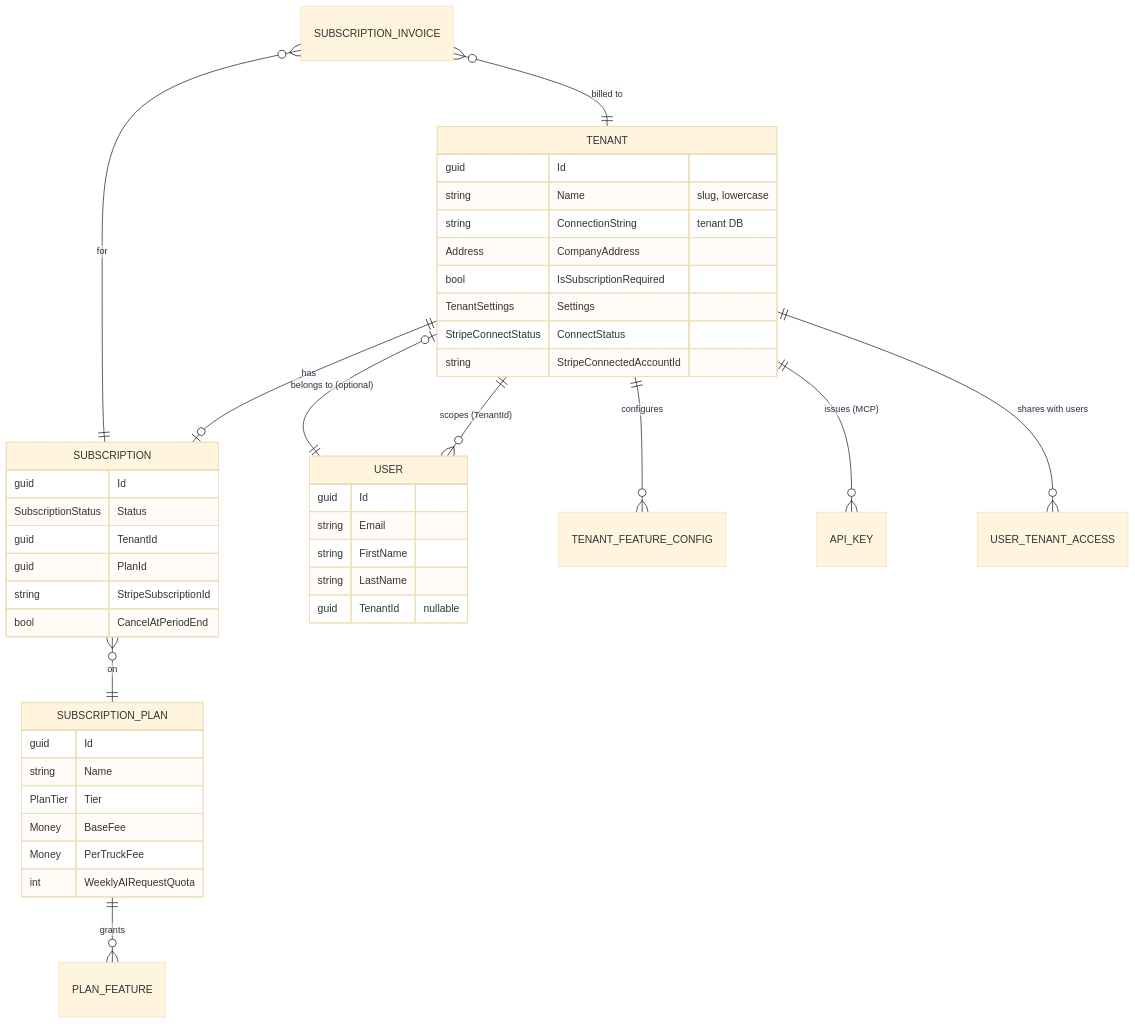
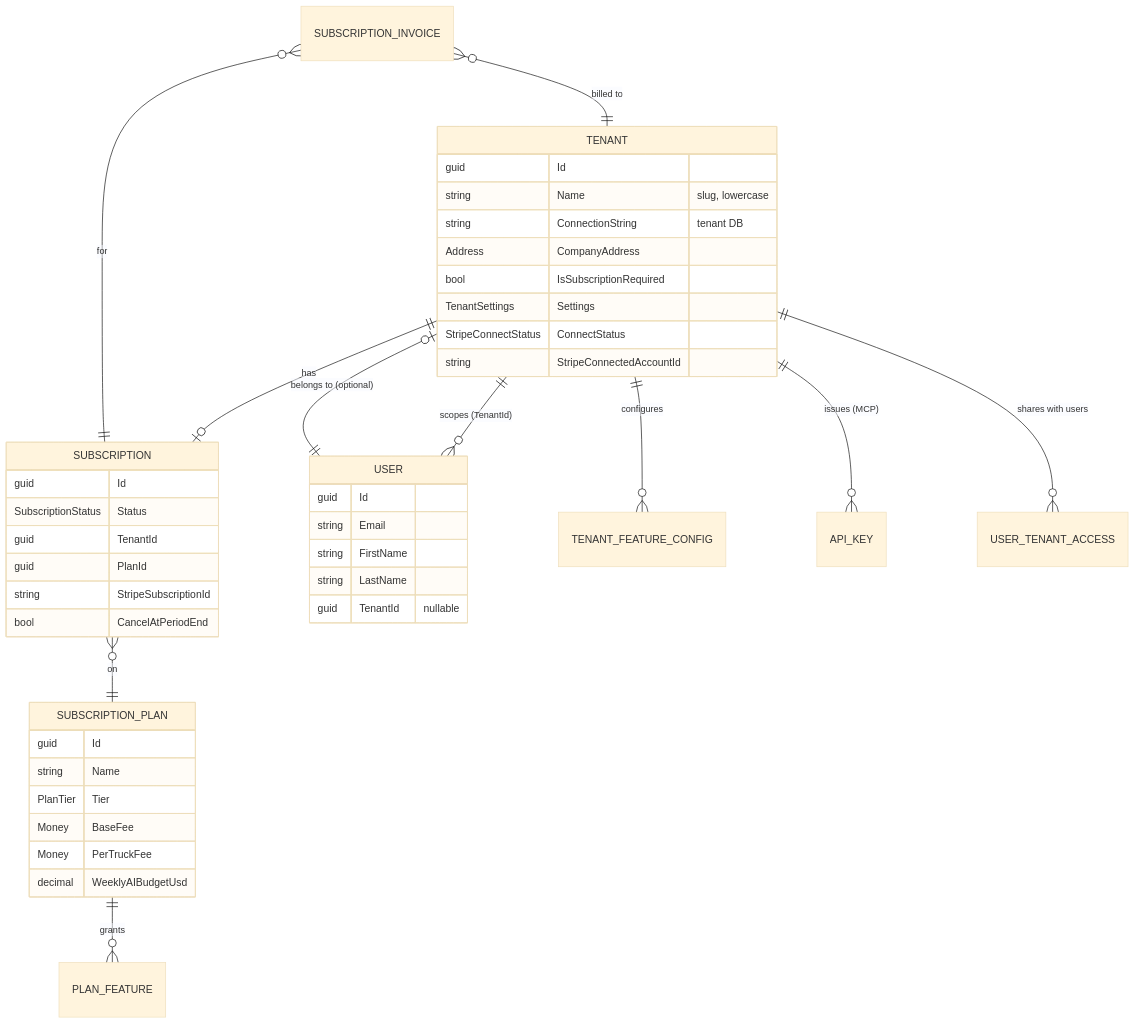
The second of 10 diagrams in docs/architecture/domain-model.md (suxrobGM/logistics-app), drawn with Mermaid (base theme) before and after one commit. The commit also changed other lines of this file and 9 other files, not shown here.

````diff
--- a/docs/architecture/domain-model.md
+++ b/docs/architecture/domain-model.md
@@ -55,50 +55,50 @@
 ```mermaid
 erDiagram
     TENANT ||--o| SUBSCRIPTION : has
     TENANT ||--o{ USER : "scopes (TenantId)"
     TENANT ||--o{ TENANT_FEATURE_CONFIG : configures
     TENANT ||--o{ API_KEY : "issues (MCP)"
     TENANT ||--o{ USER_TENANT_ACCESS : "shares with users"
 
     SUBSCRIPTION }o--|| SUBSCRIPTION_PLAN : on
     SUBSCRIPTION_PLAN ||--o{ PLAN_FEATURE : grants
 
     USER ||--o| TENANT : "belongs to (optional)"
 
     SUBSCRIPTION_INVOICE }o--|| TENANT : "billed to"
     SUBSCRIPTION_INVOICE }o--|| SUBSCRIPTION : "for"
 
     TENANT {
         guid Id
         string Name "slug, lowercase"
         string ConnectionString "tenant DB"
         Address CompanyAddress
         bool IsSubscriptionRequired
         TenantSettings Settings
         StripeConnectStatus ConnectStatus
         string StripeConnectedAccountId
     }
     SUBSCRIPTION {
         guid Id
         SubscriptionStatus Status
         guid TenantId
         guid PlanId
         string StripeSubscriptionId
         bool CancelAtPeriodEnd
     }
     SUBSCRIPTION_PLAN {
         guid Id
         string Name
         PlanTier Tier
         Money BaseFee
         Money PerTruckFee
-        int WeeklyAIRequestQuota
+        decimal WeeklyAIBudgetUsd
     }
     USER {
         guid Id
         string Email
         string FirstName
         string LastName
         guid TenantId "nullable"
     }
 ```
````
